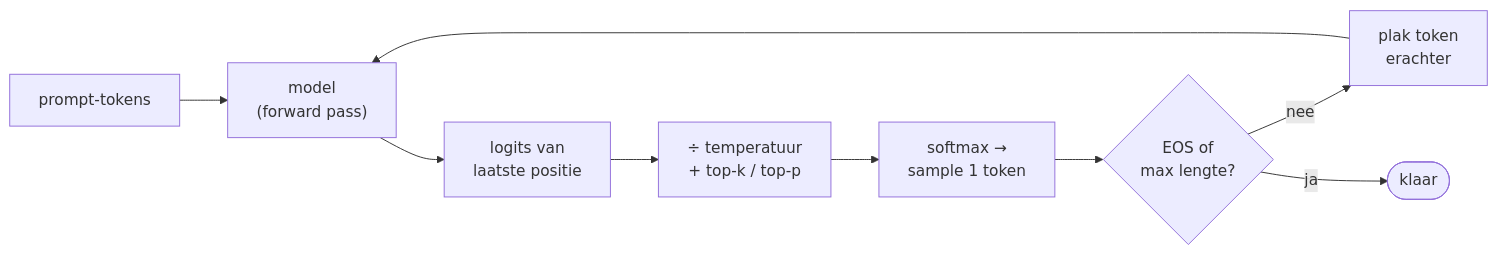
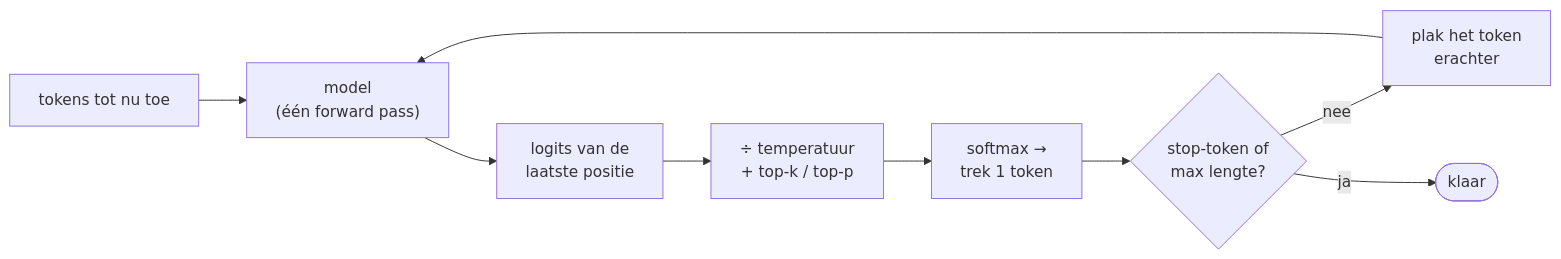
Before and after one commit to jeroenderuijter2002/Self-learning-AI: the first of 3 diagrams in modules/01-transformers/notes/1.4-van-model-naar-tekst.md, drawn with Mermaid. The commit also changed other lines of this file and 21 other files, not shown here.

````diff
--- a/modules/01-transformers/notes/1.4-van-model-naar-tekst.md
+++ b/modules/01-transformers/notes/1.4-van-model-naar-tekst.md
@@ -31,10 +61,10 @@
 ```mermaid
 flowchart LR
-    P["prompt-tokens"] --> M["model<br/>(forward pass)"]
-    M --> L["logits van<br/>laatste positie"]
+    P["tokens tot nu toe"] --> M["model<br/>(één forward pass)"]
+    M --> L["logits van de<br/>laatste positie"]
     L --> T["÷ temperatuur<br/>+ top-k / top-p"]
-    T --> S["softmax →<br/>sample 1 token"]
-    S --> C{"EOS of<br/>max lengte?"}
-    C -- nee --> A["plak token<br/>erachter"] --> M
+    T --> S["softmax →<br/>trek 1 token"]
+    S --> C{"stop-token of<br/>max lengte?"}
+    C -- nee --> A["plak het token<br/>erachter"] --> M
     C -- ja --> D(["klaar"])
 ```
````
